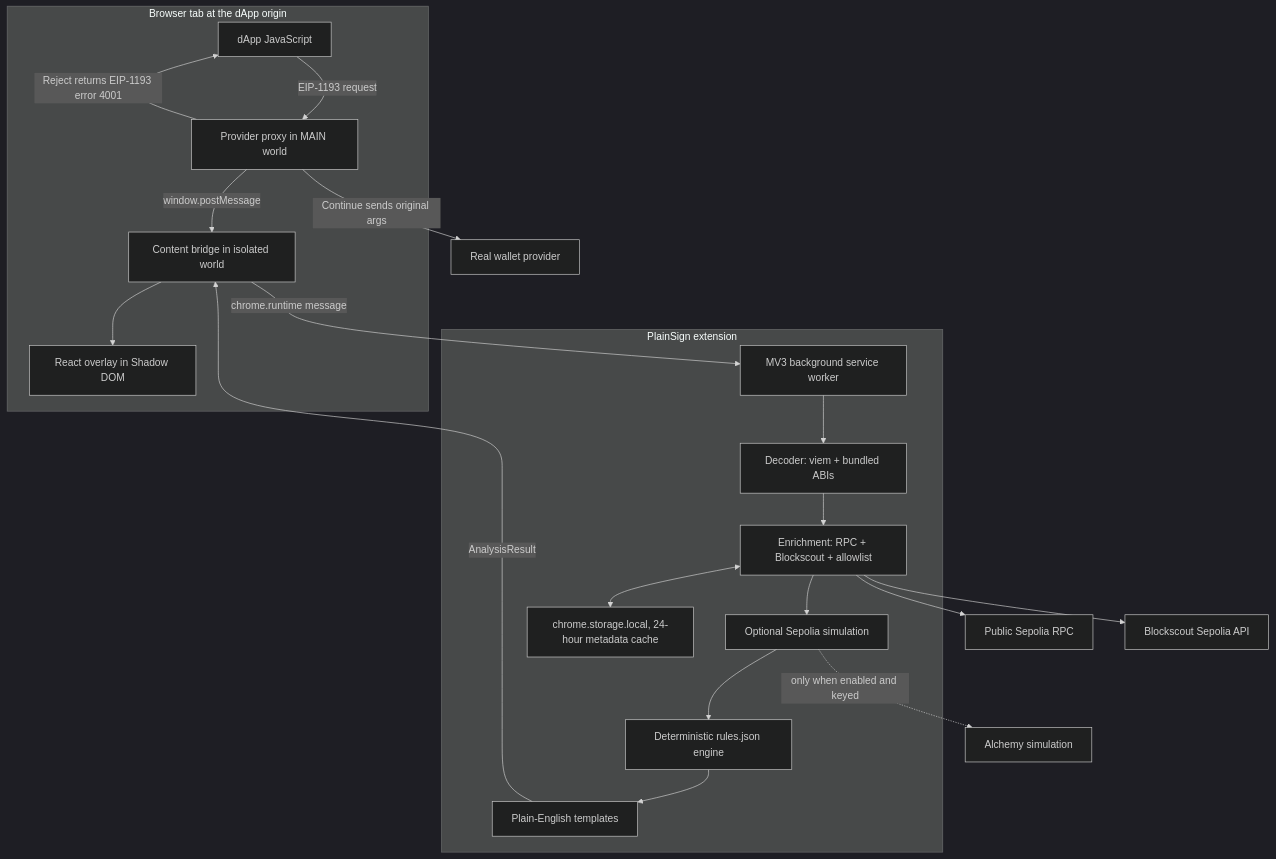
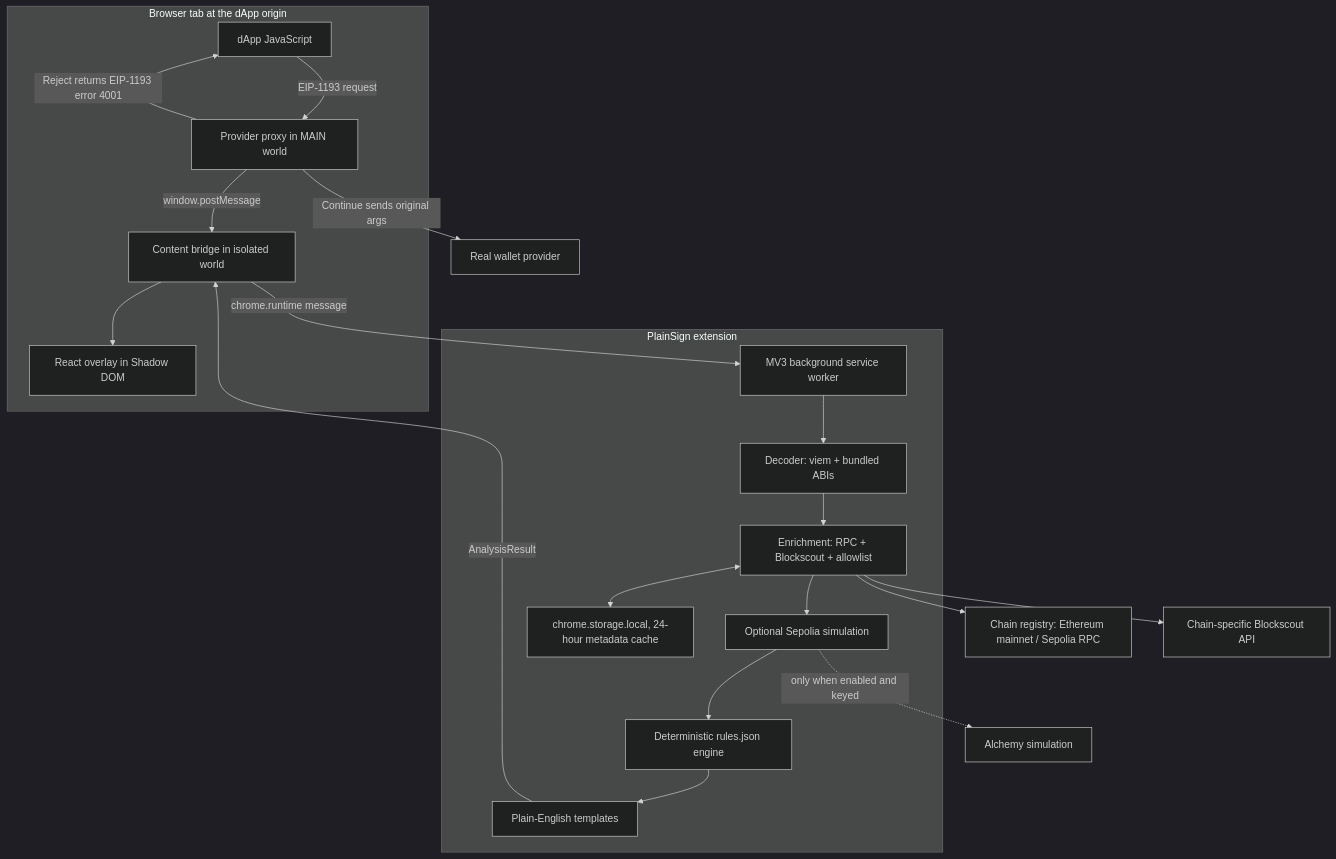
One commit to adib-cyber007/plainsign changed the first of 2 diagrams in docs/architecture.md. Above: the diagram before and after it, drawn with Mermaid (dark theme). The commit also changed other lines of this file and 21 other files, not shown here.

````diff
--- a/docs/architecture.md
+++ b/docs/architecture.md
@@ -7,32 +7,32 @@
 ```mermaid
 flowchart TB
   subgraph TAB[Browser tab at the dApp origin]
     DAPP[dApp JavaScript]
     PROXY[Provider proxy in MAIN world]
     BRIDGE[Content bridge in isolated world]
     UI[React overlay in Shadow DOM]
     DAPP -->|EIP-1193 request| PROXY
     PROXY -->|window.postMessage| BRIDGE
     BRIDGE --> UI
   end
 
   subgraph EXT[PlainSign extension]
     BG[MV3 background service worker]
     DEC[Decoder: viem + bundled ABIs]
     ENR[Enrichment: RPC + Blockscout + allowlist]
     SIM[Optional Sepolia simulation]
     RISK[Deterministic rules.json engine]
     EXP[Plain-English templates]
     CACHE[chrome.storage.local, 24-hour metadata cache]
     BG --> DEC --> ENR --> SIM --> RISK --> EXP
     ENR <--> CACHE
   end
 
   BRIDGE -->|chrome.runtime message| BG
   EXP -->|AnalysisResult| BRIDGE
   PROXY -->|Continue sends original args| WALLET[Real wallet provider]
   PROXY -->|Reject returns EIP-1193 error 4001| DAPP
-  ENR --> RPC[Public Sepolia RPC]
-  ENR --> BLOCKSCOUT[Blockscout Sepolia API]
+  ENR --> RPC[Chain registry: Ethereum mainnet / Sepolia RPC]
+  ENR --> BLOCKSCOUT[Chain-specific Blockscout API]
   SIM -. only when enabled and keyed .-> ALCHEMY[Alchemy simulation]
 ```
````
